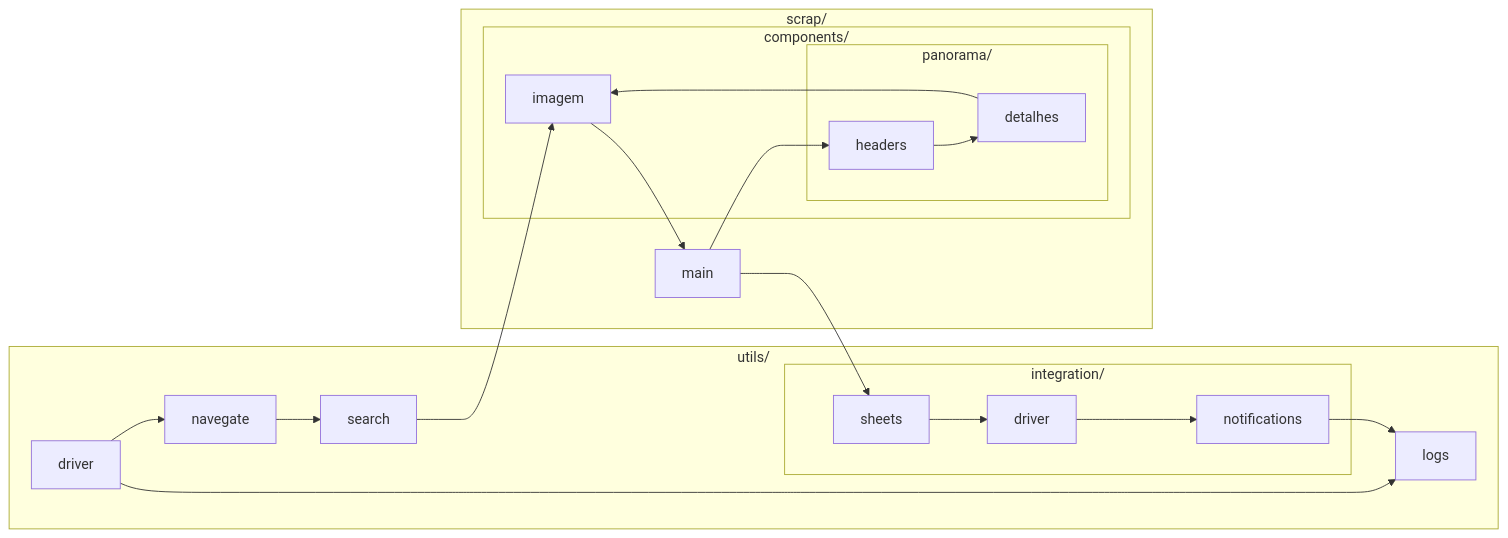
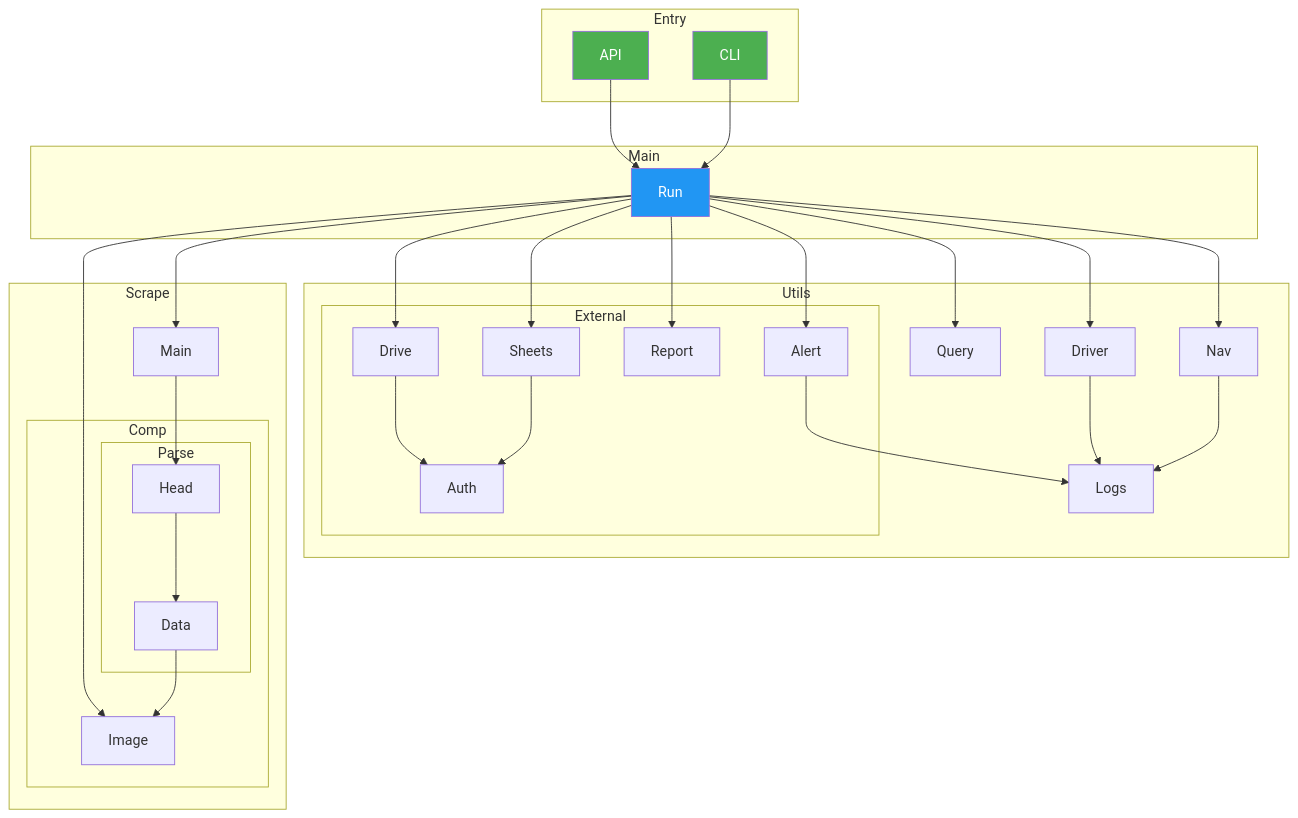
Before and after one commit to FelipeNCampos/Desafios-Entrevistas: the first of 2 diagrams in docs/README.md, drawn with Mermaid. The commit also changed other lines of this file and 1 other file, not shown here.

````diff
--- a/docs/README.md
+++ b/docs/README.md
@@ -7,41 +7,67 @@
 ```mermaid
-flowchart LR
-    subgraph utils["utils/"]
-        u_driver["driver"]
-        u_navegate["navegate"]
-        u_logs["logs"]
-        u_search["search"]
+graph TB
+    subgraph entrypoints["Entry"]
+        api["API"]
+        main_exec["CLI"]
+    end
 
-        subgraph integration["integration/"]
-            i_driver["driver"]
-            i_sheets["sheets"]
-            i_notifications["notifications"]
+    subgraph orchestration["Main"]
+        main["Run"]
+    end
+
+    subgraph utils["Utils"]
+        driver["Driver"]
+        navegate["Nav"]
+        logs["Logs"]
+        search["Query"]
+        
+        subgraph integration["External"]
+            i_google["Auth"]
+            i_sheets["Sheets"]
+            i_drive["Drive"]
+            i_summary["Report"]
+            i_notify["Alert"]
         end
     end
 
-    subgraph scrap["scrap/"]
-        s_main["main"]
-
-        subgraph components["components/"]
-            c_imagem["imagem"]
-
-            subgraph panorama["panorama/"]
-                p_headers["headers"]
-                p_detalhes["detalhes"]
+    subgraph scraping["Scrape"]
+        s_main["Main"]
+        
+        subgraph components["Comp"]
+            c_imagem["Image"]
+            
+            subgraph panorama["Parse"]
+                p_headers["Head"]
+                p_detalhes["Data"]
             end
         end
     end
 
-    u_driver --> u_navegate
-    u_driver --> u_logs
-    u_navegate --> u_search
-    u_search --> c_imagem
-    c_imagem --> s_main
+    api --> main
+    main_exec --> main
+    
+    main --> driver
+    main --> navegate
+    main --> search
+    main --> c_imagem
+    main --> s_main
+    main --> i_summary
+    main --> i_drive
+    main --> i_sheets
+    main --> i_notify
+    
+    driver --> logs
+    navegate --> logs
+    
     s_main --> p_headers
     p_headers --> p_detalhes
     p_detalhes --> c_imagem
-    s_main --> i_sheets
-    i_sheets --> i_driver
-    i_driver --> i_notifications
-    i_notifications --> u_logs
+    
+    i_drive --> i_google
+    i_sheets --> i_google
+    i_notify --> logs
+    
+    style api fill:#4CAF50,color:#fff
+    style main_exec fill:#4CAF50,color:#fff
+    style main fill:#2196F3,color:#fff
 ```
````
